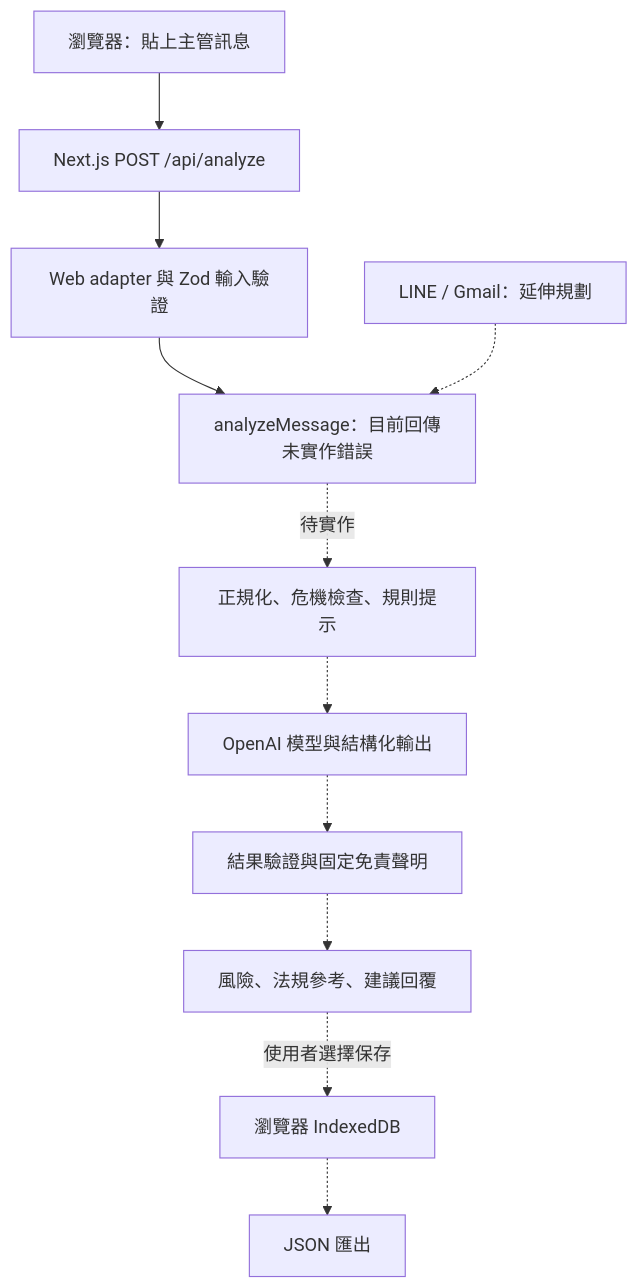
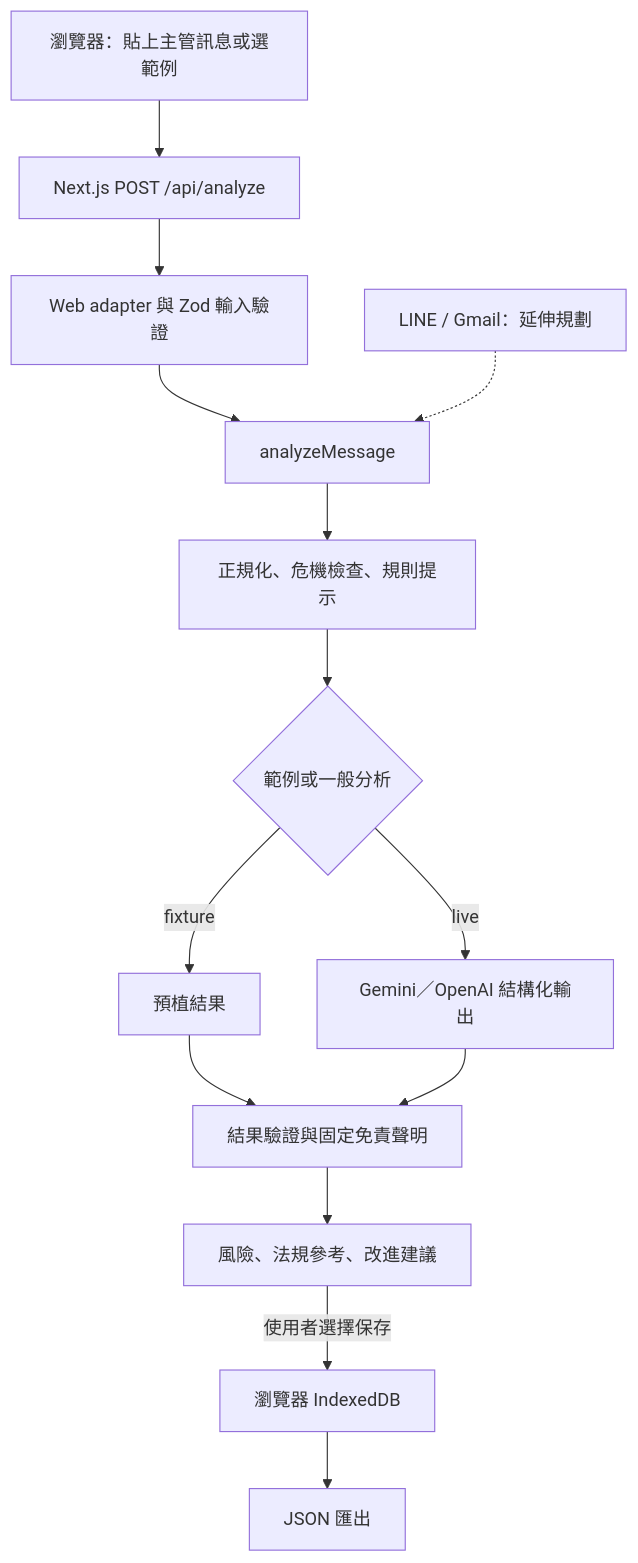
Before and after one commit to xs1128/boundkeeper: the diagram in README.md, drawn with Mermaid. The commit also changed other lines of this file and 21 other files, not shown here.

````diff
--- a/README.md
+++ b/README.md
@@ -43,13 +40,16 @@
 ```mermaid
 flowchart TD
-    A[瀏覽器：貼上主管訊息] --> B[Next.js POST /api/analyze]
+    A[瀏覽器：貼上主管訊息或選範例] --> B[Next.js POST /api/analyze]
     B --> C[Web adapter 與 Zod 輸入驗證]
-    C --> D[analyzeMessage：目前回傳未實作錯誤]
-    D -. 待實作 .-> E[正規化、危機檢查、規則提示]
-    E -.-> F[OpenAI 模型與結構化輸出]
-    F -.-> G[結果驗證與固定免責聲明]
-    G -.-> H[風險、法規參考、建議回覆]
-    H -. 使用者選擇保存 .-> I[瀏覽器 IndexedDB]
-    I -.-> J[JSON 匯出]
-    K[LINE / Gmail：延伸規劃] -.-> D
+    C --> D[analyzeMessage]
+    D --> E[正規化、危機檢查、規則提示]
+    E --> F{範例或一般分析}
+    F -->|fixture| G[預植結果]
+    F -->|live| H[Gemini／OpenAI 結構化輸出]
+    G --> I[結果驗證與固定免責聲明]
+    H --> I
+    I --> J[風險、法規參考、改進建議]
+    J -->|使用者選擇保存| K[瀏覽器 IndexedDB]
+    K --> L[JSON 匯出]
+    M[LINE / Gmail：延伸規劃] -.-> D
 ```
````
